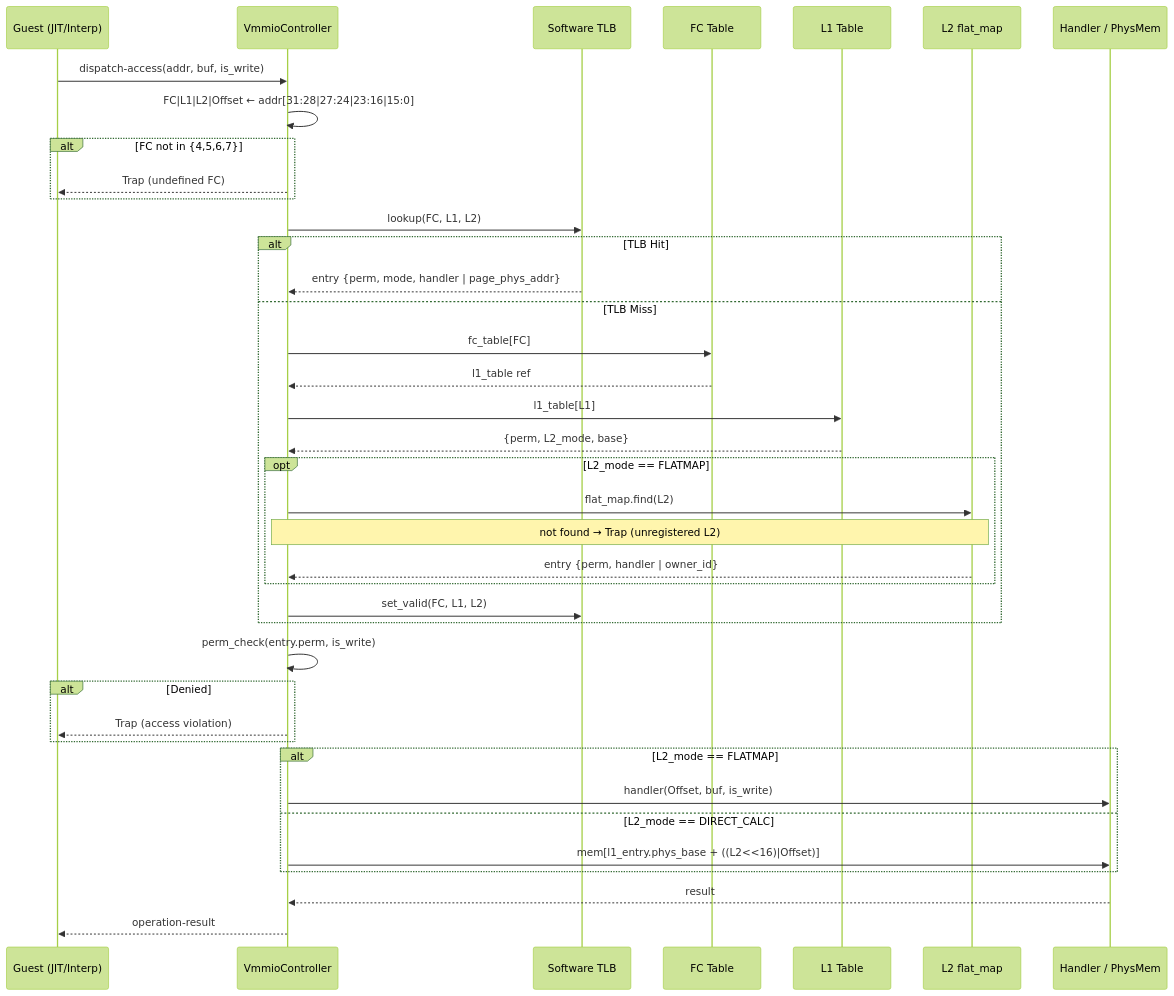
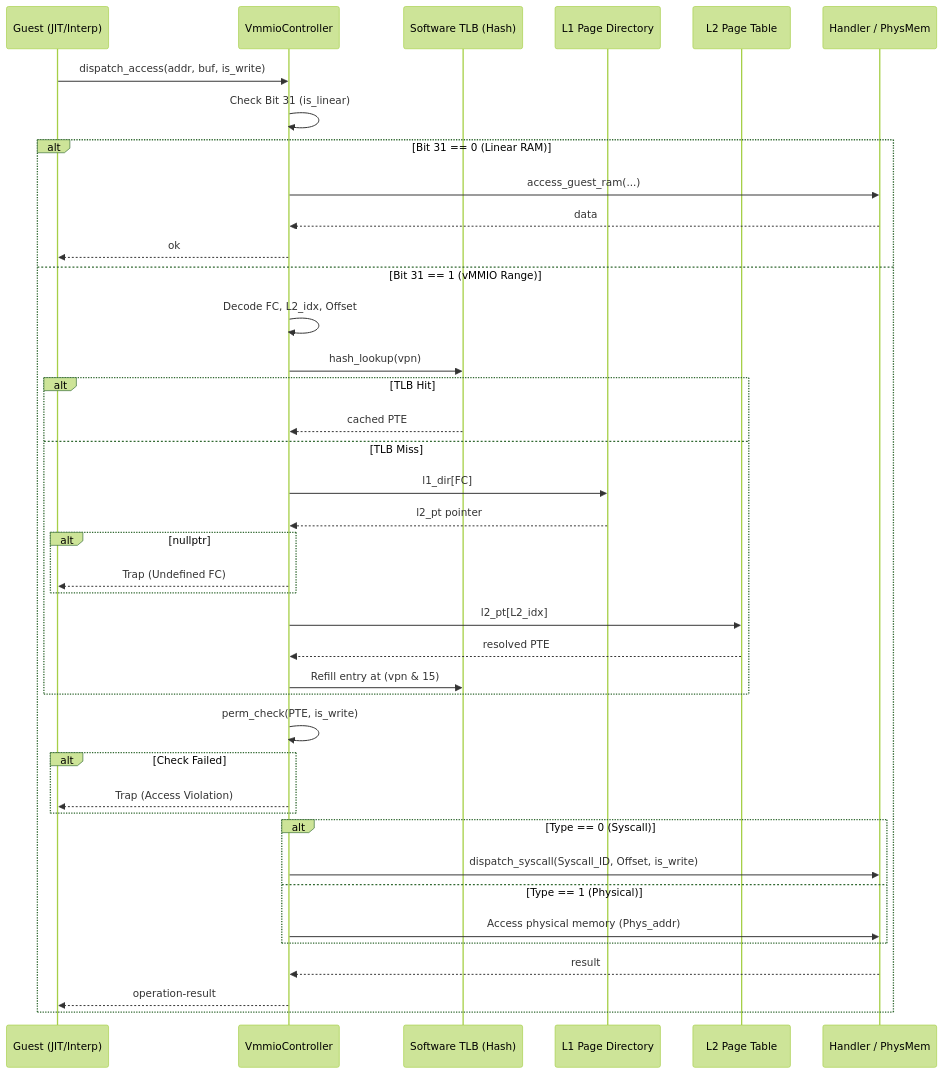
One commit to kmt-t/fireball changed the second of 3 diagrams in docs/components/runtime/runtime_vmmio.md. Above: the diagram before and after it, drawn with Mermaid (forest theme). The commit also changed other lines of this file and 29 other files, not shown here.

````diff
--- a/docs/components/runtime/runtime_vmmio.md
+++ b/docs/components/runtime/runtime_vmmio.md
@@ -286,46 +353,45 @@
 ```mermaid
 sequenceDiagram
     participant G as Guest (JIT/Interp)
     participant C as VmmioController
-    participant T as Software TLB
-    participant FC as FC Table
-    participant L1 as L1 Table
-    participant L2 as L2 flat_map
+    participant T as Software TLB (Hash)
+    participant L1 as L1 Page Directory
+    participant L2 as L2 Page Table
     participant H as Handler / PhysMem
 
-    G->>C: dispatch-access(addr, buf, is_write)
-    C->>C: FC|L1|L2|Offset ← addr[31:28|27:24|23:16|15:0]
+    G->>C: dispatch_access(addr, buf, is_write)
+    C->>C: Check Bit 31 (is_linear)
+    alt Bit 31 == 0 (Linear RAM)
+        C->>H: access_guest_ram(...)
+        H-->>C: data
+        C-->>G: ok
+    else Bit 31 == 1 (vMMIO Range)
+        C->>C: Decode FC, L2_idx, Offset
+        C->>T: hash_lookup(vpn)
+        alt TLB Hit
+            T-->>C: cached PTE
+        else TLB Miss
+            C->>L1: l1_dir[FC]
+            L1-->>C: l2_pt pointer
+            alt nullptr
+                C-->>G: Trap (Undefined FC)
+            end
+            C->>L2: l2_pt[L2_idx]
+            L2-->>C: resolved PTE
+            C->>T: Refill entry at (vpn & 15)
+        end
 
-    alt FC not in {4,5,6,7}
-        C-->>G: Trap (undefined FC)
+        C->>C: perm_check(PTE, is_write)
+        alt Check Failed
+            C-->>G: Trap (Access Violation)
+        end
+
+        alt Type == 0 (Syscall)
+            C->>H: dispatch_syscall(Syscall_ID, Offset, is_write)
+        else Type == 1 (Physical)
+            C->>H: Access physical memory (Phys_addr)
+        end
+        H-->>C: result
+        C-->>G: operation-result
     end
-
-    C->>T: lookup(FC, L1, L2)
-    alt TLB Hit
-        T-->>C: entry {perm, mode, handler | page_phys_addr}
-    else TLB Miss
-        C->>FC: fc_table[FC]
-        FC-->>C: l1_table ref
-        C->>L1: l1_table[L1]
-        L1-->>C: {perm, L2_mode, base}
-        opt L2_mode == FLATMAP
-            C->>L2: flat_map.find(L2)
-            Note over L2,C: not found → Trap (unregistered L2)
-            L2-->>C: entry {perm, handler | owner_id}
-        end
-        C->>T: set_valid(FC, L1, L2)
-    end
-
-    C->>C: perm_check(entry.perm, is_write)
-    alt Denied
-        C-->>G: Trap (access violation)
-    end
-
-    alt L2_mode == FLATMAP
-        C->>H: handler(Offset, buf, is_write)
-    else L2_mode == DIRECT_CALC
-        C->>H: mem[l1_entry.phys_base + ((L2<<16)|Offset)]
-    end
-    H-->>C: result
-    C-->>G: operation-result
 ```
````
